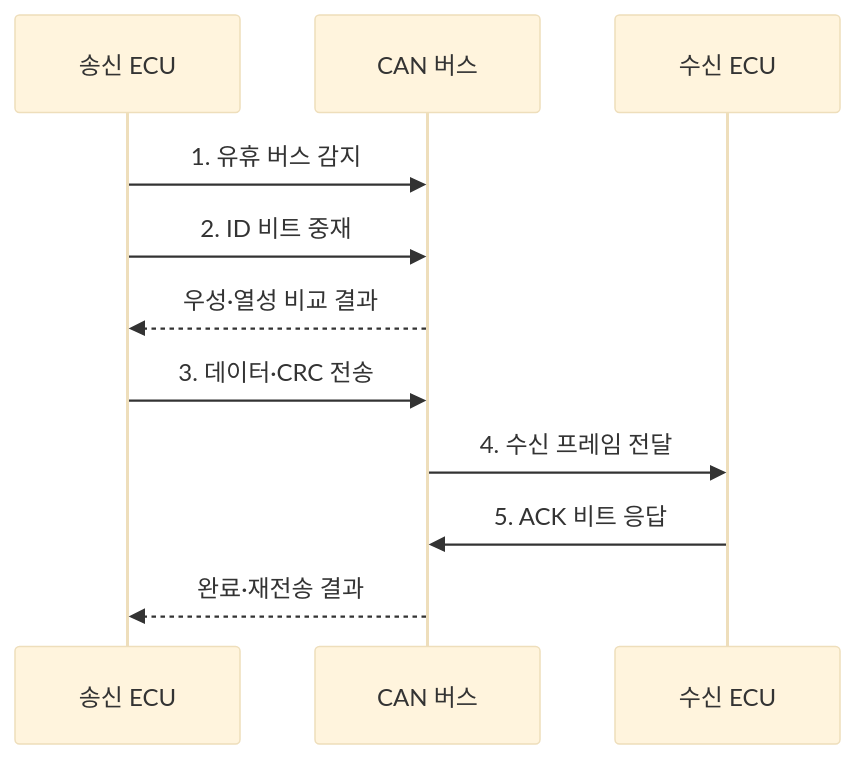
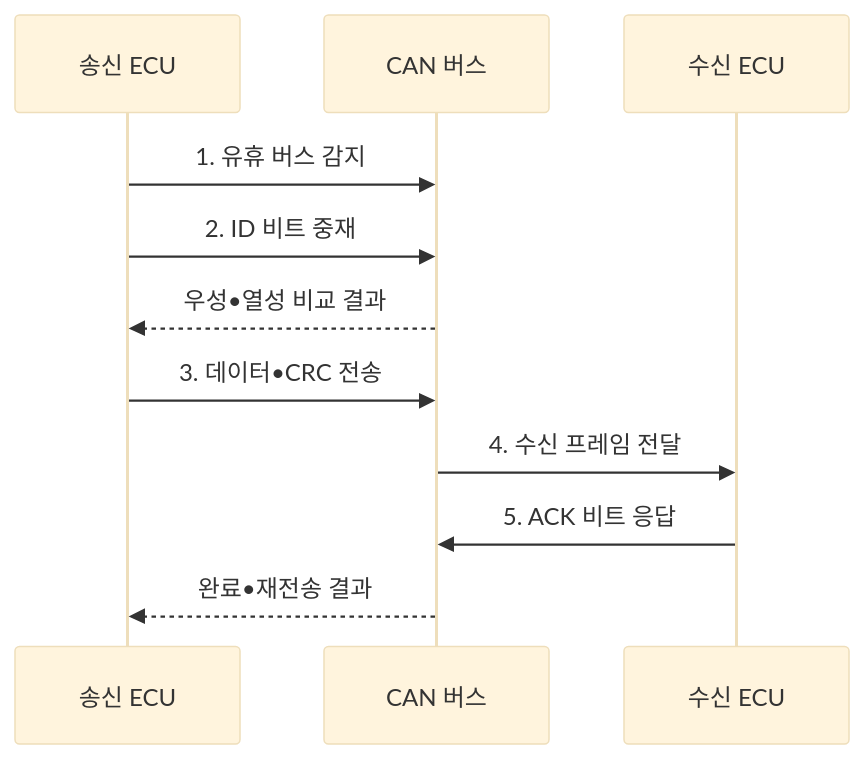
The second of 2 diagrams in src/content/docs/notes/04-network/081_can_bus.md (agnusdei1207/knowledge-base), drawn with Mermaid (base theme) before and after one commit. The commit also changed other lines of this file and 953 other files, not shown here.

````diff
--- a/src/content/docs/notes/04-network/081_can_bus.md
+++ b/src/content/docs/notes/04-network/081_can_bus.md
@@ -101,13 +101,13 @@
 ```mermaid
 sequenceDiagram
     participant T as 송신 ECU
     participant B as CAN 버스
     participant R as 수신 ECU
     T->>B: 1. 유휴 버스 감지
     T->>B: 2. ID 비트 중재
-    B-->>T: 우성·열성 비교 결과
-    T->>B: 3. 데이터·CRC 전송
+    B-->>T: 우성•열성 비교 결과
+    T->>B: 3. 데이터•CRC 전송
     B->>R: 4. 수신 프레임 전달
     R->>B: 5. ACK 비트 응답
-    B-->>T: 완료·재전송 결과
+    B-->>T: 완료•재전송 결과
 ```
````
